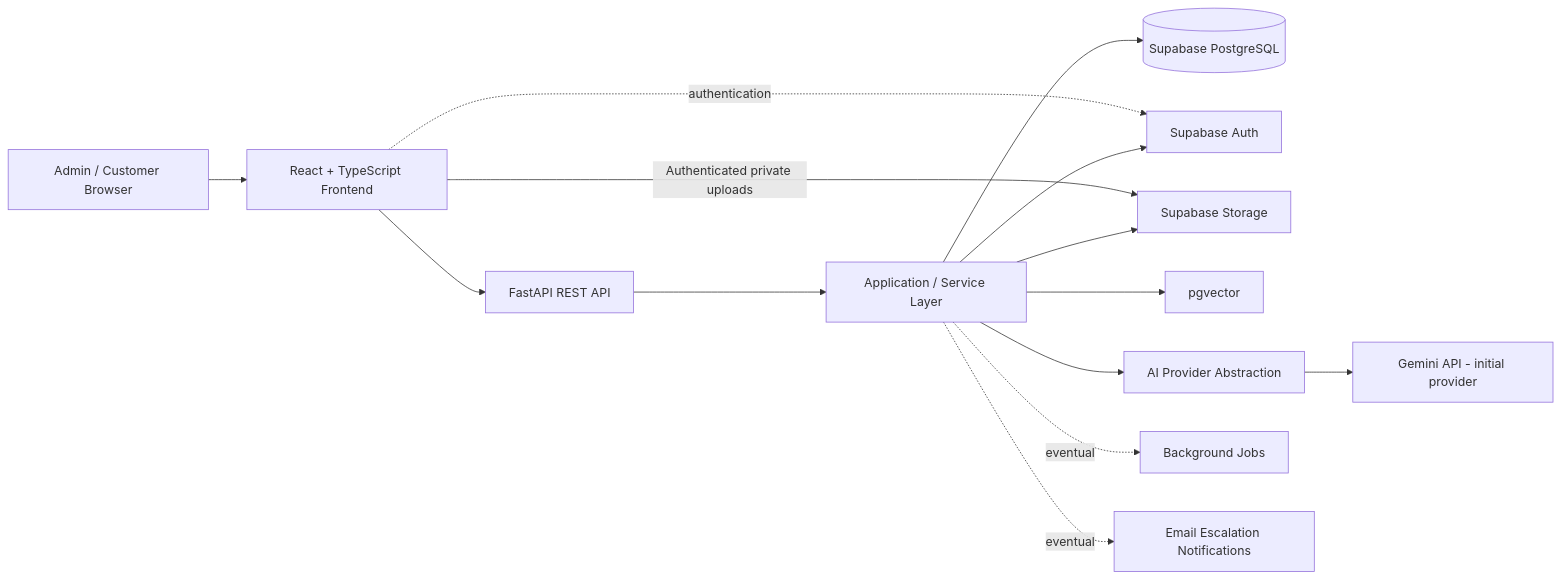
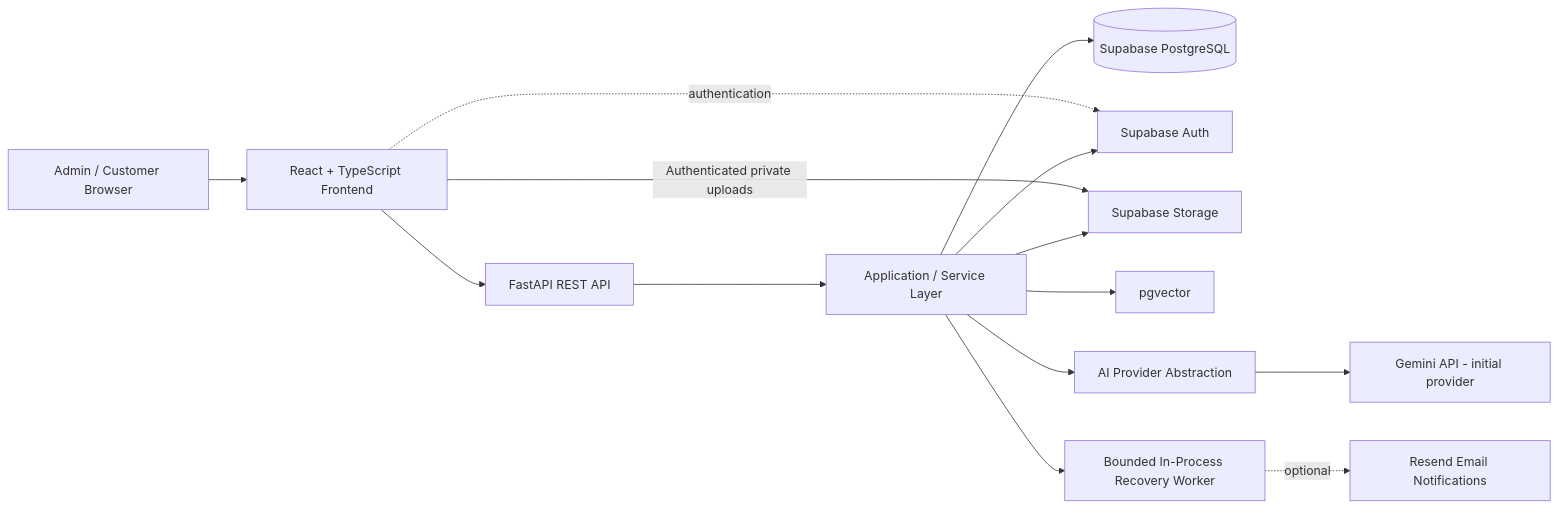
Before and after one commit to TheVJ0000/SupportPilot-AI: the first of 7 diagrams in docs/ARCHITECTURE.md, drawn with Mermaid. The commit also changed other lines of this file and 21 other files, not shown here.

Commit message:
Complete escalation automation and recovery

````diff
--- a/docs/ARCHITECTURE.md
+++ b/docs/ARCHITECTURE.md
@@ -9,17 +9,17 @@
 ```mermaid
 flowchart LR
     U[Admin / Customer Browser] --> FE[React + TypeScript Frontend]
     FE --> API[FastAPI REST API]
     API --> SVC[Application / Service Layer]
     SVC --> DB[(Supabase PostgreSQL)]
 
     FE -. authentication .-> AUTH[Supabase Auth]
     SVC --> AUTH
     FE -->|Authenticated private uploads| STORAGE[Supabase Storage]
     SVC --> STORAGE
     SVC --> VEC[pgvector]
     SVC --> AI[AI Provider Abstraction]
     AI --> GEM[Gemini API - initial provider]
-    SVC -. eventual .-> JOBS[Background Jobs]
-    SVC -. eventual .-> EMAIL[Email Escalation Notifications]
+    SVC --> JOBS[Bounded In-Process Recovery Worker]
+    JOBS -. optional .-> EMAIL[Resend Email Notifications]
 ```
````
